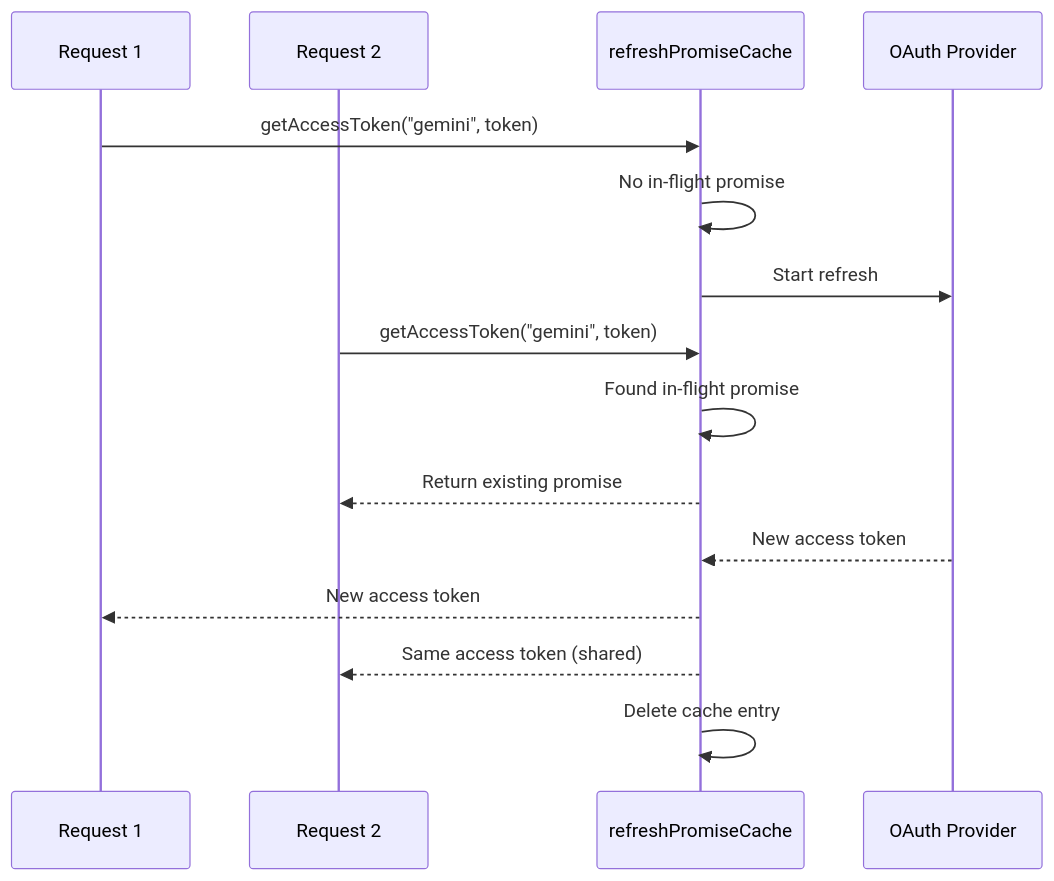
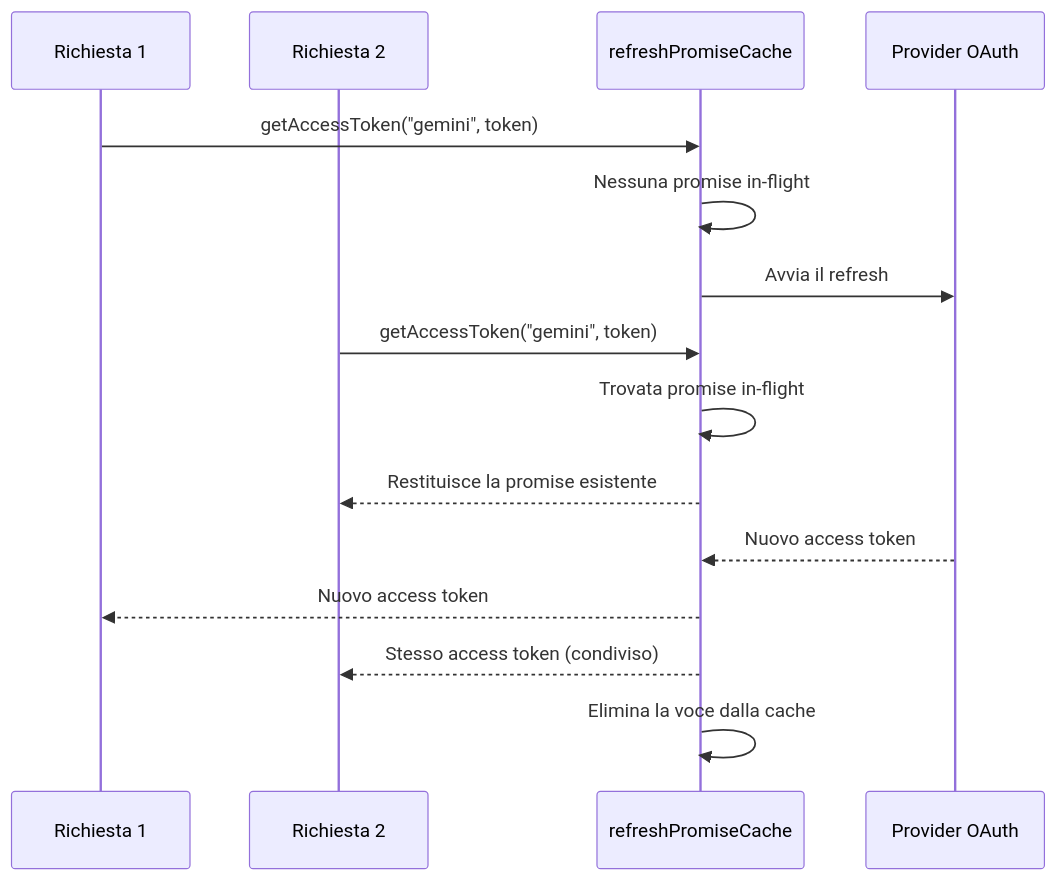
Before and after one commit to Aseel1600/Claude: the fifth of 12 diagrams in docs/i18n/it/docs/architecture/CODEBASE_DOCUMENTATION.md, drawn with Mermaid. The commit also changed other lines of this file and 2 other files, not shown here.

Commit message:
docs(i18n): add Italian translation of ARCHITECTURE and CODEBASE_DOCUMENTATION

````diff
--- a/docs/i18n/it/docs/architecture/CODEBASE_DOCUMENTATION.md
+++ b/docs/i18n/it/docs/architecture/CODEBASE_DOCUMENTATION.md
@@ -284,18 +284,18 @@
 ```mermaid
 sequenceDiagram
-    participant R1 as Request 1
-    participant R2 as Request 2
+    participant R1 as Richiesta 1
+    participant R2 as Richiesta 2
     participant Cache as refreshPromiseCache
-    participant OAuth as OAuth Provider
+    participant OAuth as Provider OAuth
 
     R1->>Cache: getAccessToken("gemini", token)
-    Cache->>Cache: No in-flight promise
-    Cache->>OAuth: Start refresh
+    Cache->>Cache: Nessuna promise in-flight
+    Cache->>OAuth: Avvia il refresh
     R2->>Cache: getAccessToken("gemini", token)
-    Cache->>Cache: Found in-flight promise
-    Cache-->>R2: Return existing promise
-    OAuth-->>Cache: New access token
-    Cache-->>R1: New access token
-    Cache-->>R2: Same access token (shared)
-    Cache->>Cache: Delete cache entry
+    Cache->>Cache: Trovata promise in-flight
+    Cache-->>R2: Restituisce la promise esistente
+    OAuth-->>Cache: Nuovo access token
+    Cache-->>R1: Nuovo access token
+    Cache-->>R2: Stesso access token (condiviso)
+    Cache->>Cache: Elimina la voce dalla cache
 ```
````
